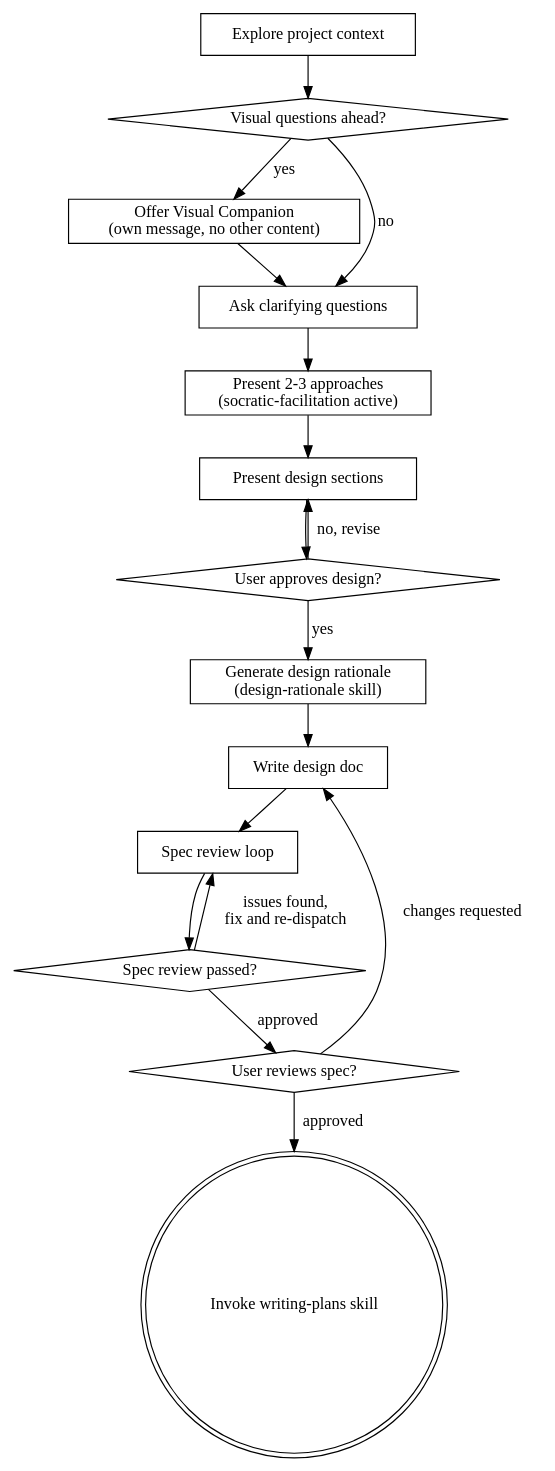
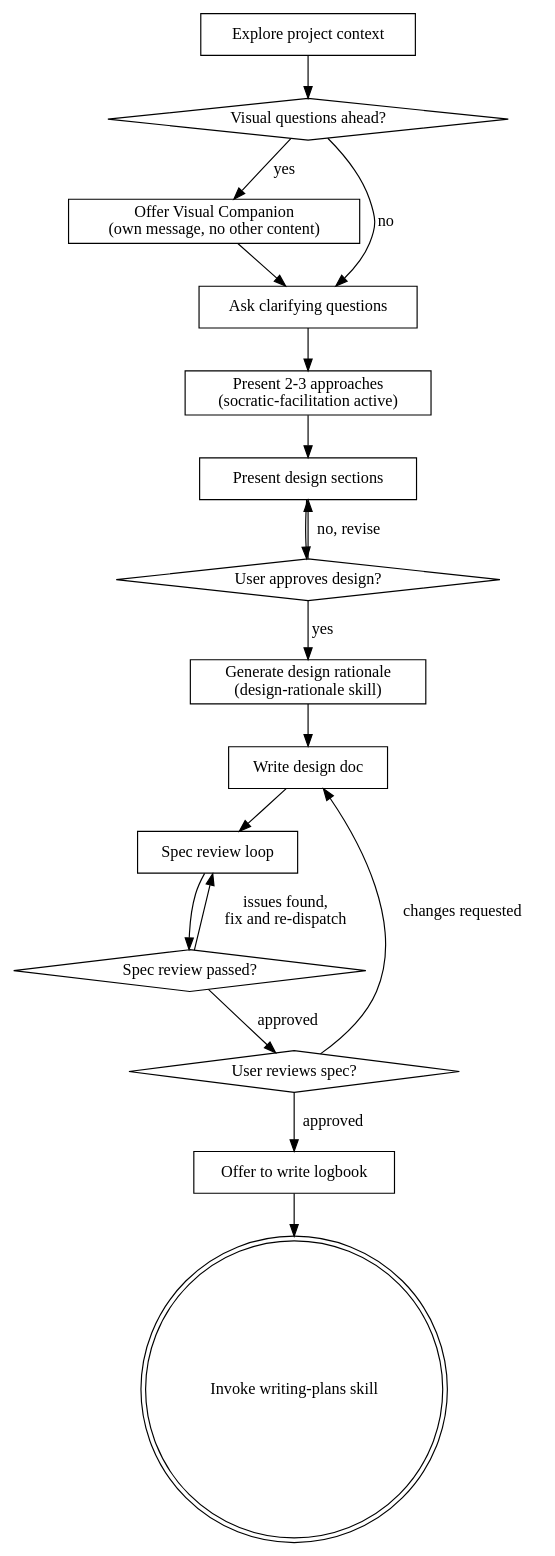
One commit to bneko-app/superpowers changed the diagram in skills/brainstorming/SKILL.md. Above: the diagram before and after it, drawn with Graphviz. The commit also changed other lines of this file and 1 other file, not shown here.

Commit message:
feat: add logbook skill

````diff
--- a/skills/brainstorming/SKILL.md
+++ b/skills/brainstorming/SKILL.md
@@ -37,34 +38,36 @@
 ```dot
 digraph brainstorming {
     "Explore project context" [shape=box];
     "Visual questions ahead?" [shape=diamond];
     "Offer Visual Companion\n(own message, no other content)" [shape=box];
     "Ask clarifying questions" [shape=box];
     "Present 2-3 approaches\n(socratic-facilitation active)" [shape=box];
     "Present design sections" [shape=box];
     "User approves design?" [shape=diamond];
     "Generate design rationale\n(design-rationale skill)" [shape=box];
     "Write design doc" [shape=box];
     "Spec review loop" [shape=box];
     "Spec review passed?" [shape=diamond];
     "User reviews spec?" [shape=diamond];
+    "Offer to write logbook" [shape=box];
     "Invoke writing-plans skill" [shape=doublecircle];
 
     "Explore project context" -> "Visual questions ahead?";
     "Visual questions ahead?" -> "Offer Visual Companion\n(own message, no other content)" [label="yes"];
     "Visual questions ahead?" -> "Ask clarifying questions" [label="no"];
     "Offer Visual Companion\n(own message, no other content)" -> "Ask clarifying questions";
     "Ask clarifying questions" -> "Present 2-3 approaches\n(socratic-facilitation active)";
     "Present 2-3 approaches\n(socratic-facilitation active)" -> "Present design sections";
     "Present design sections" -> "User approves design?";
     "User approves design?" -> "Present design sections" [label="no, revise"];
     "User approves design?" -> "Generate design rationale\n(design-rationale skill)" [label="yes"];
     "Generate design rationale\n(design-rationale skill)" -> "Write design doc";
     "Write design doc" -> "Spec review loop";
     "Spec review loop" -> "Spec review passed?";
     "Spec review passed?" -> "Spec review loop" [label="issues found,\nfix and re-dispatch"];
     "Spec review passed?" -> "User reviews spec?" [label="approved"];
     "User reviews spec?" -> "Write design doc" [label="changes requested"];
-    "User reviews spec?" -> "Invoke writing-plans skill" [label="approved"];
+    "User reviews spec?" -> "Offer to write logbook" [label="approved"];
+    "Offer to write logbook" -> "Invoke writing-plans skill";
 }
 ```
````
